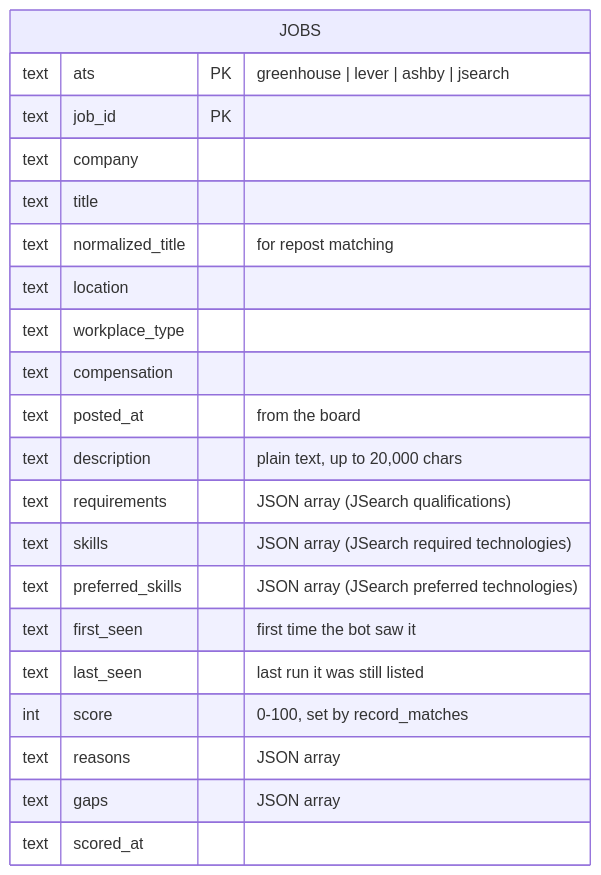
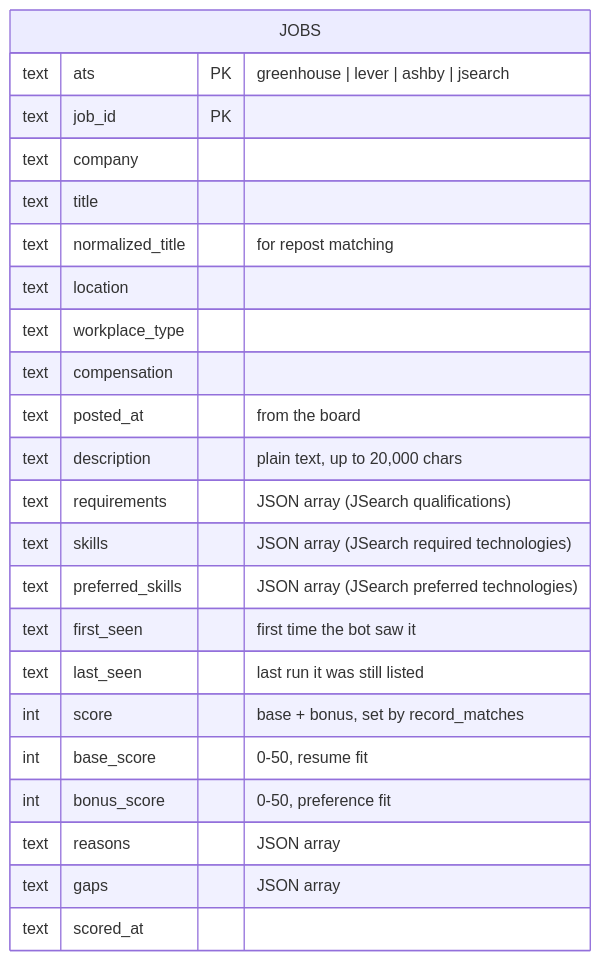
The sixth of 7 diagrams in README.md (risingfish/myjobbot), drawn with Mermaid before and after one commit. The commit also changed other lines of this file and 29 other files, not shown here.

First line of the commit message:
Score with a base + bonus rubric and stop runs from finishing early

````diff
--- a/README.md
+++ b/README.md
@@ -260,24 +258,26 @@
 ```mermaid
 erDiagram
     JOBS {
         text ats PK "greenhouse | lever | ashby | jsearch"
         text job_id PK
         text company
         text title
         text normalized_title "for repost matching"
         text location
         text workplace_type
         text compensation
         text posted_at "from the board"
         text description "plain text, up to 20,000 chars"
         text requirements "JSON array (JSearch qualifications)"
         text skills "JSON array (JSearch required technologies)"
         text preferred_skills "JSON array (JSearch preferred technologies)"
         text first_seen "first time the bot saw it"
         text last_seen "last run it was still listed"
-        int score "0-100, set by record_matches"
+        int score "base + bonus, set by record_matches"
+        int base_score "0-50, resume fit"
+        int bonus_score "0-50, preference fit"
         text reasons "JSON array"
         text gaps "JSON array"
         text scored_at
     }
 ```
````
